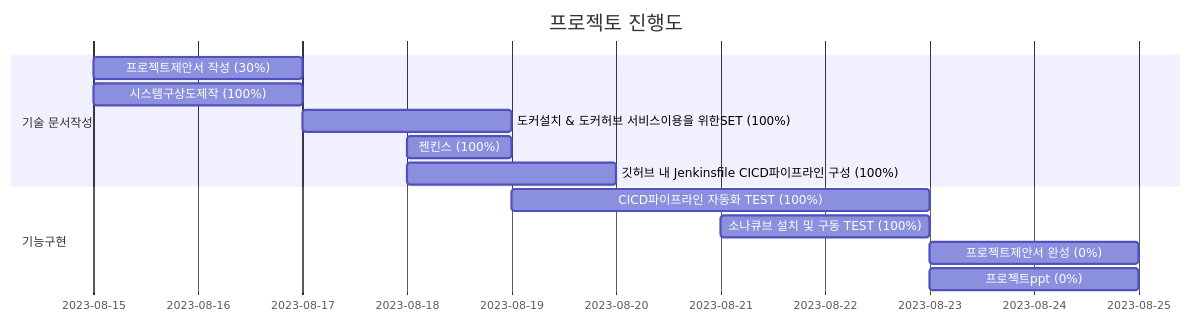
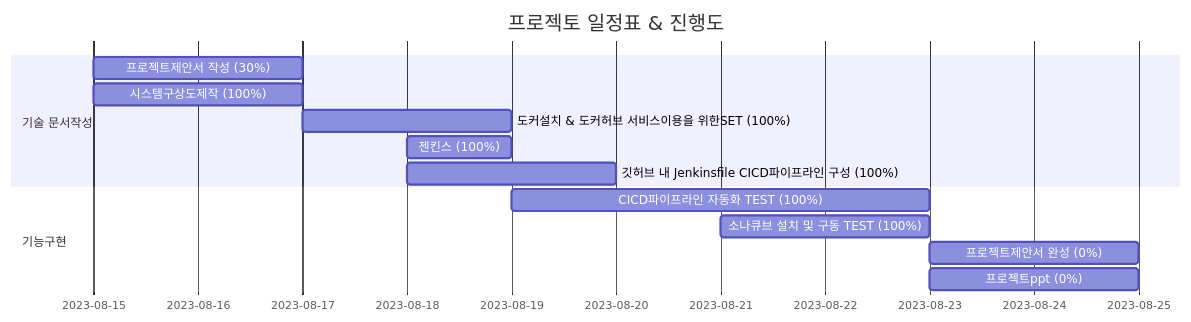
Before and after one commit to SEOMW/project: the diagram in README.md, drawn with Mermaid.

````diff
--- a/README.md
+++ b/README.md
@@ -4,17 +4,17 @@
 ```mermaid
 gantt
-    title 프로젝토 진행도
+    title 프로젝토 일정표 & 진행도
     dateFormat  YYYY-MM-DD
     section 기술 문서작성
     프로젝트제안서 작성 (30%) : a1, 2023-8-15, 2d
     시스템구상도제작 (100%) : 2023-8-15, 2d
     도커설치 & 도커허브 서비스이용을 위한SET (100%) : 2023-8-17, 2d
     젠킨스 (100%) : 2023-8-18, 1d
     깃허브 내 Jenkinsfile CICD파이프라인 구성 (100%) : 2023-8-18, 2d
 
     section 기능구현
     CICD파이프라인 자동화 TEST (100%) : 2023-8-19,  4d
     소나큐브 설치 및 구동 TEST (100%) : 2023-8-21, 2d
     프로젝트제안서 완성 (0%) : a1, 2023-8-23, 2d
     프로젝트ppt (0%) : a1, 2023-8-23, 2d
 ```
````
